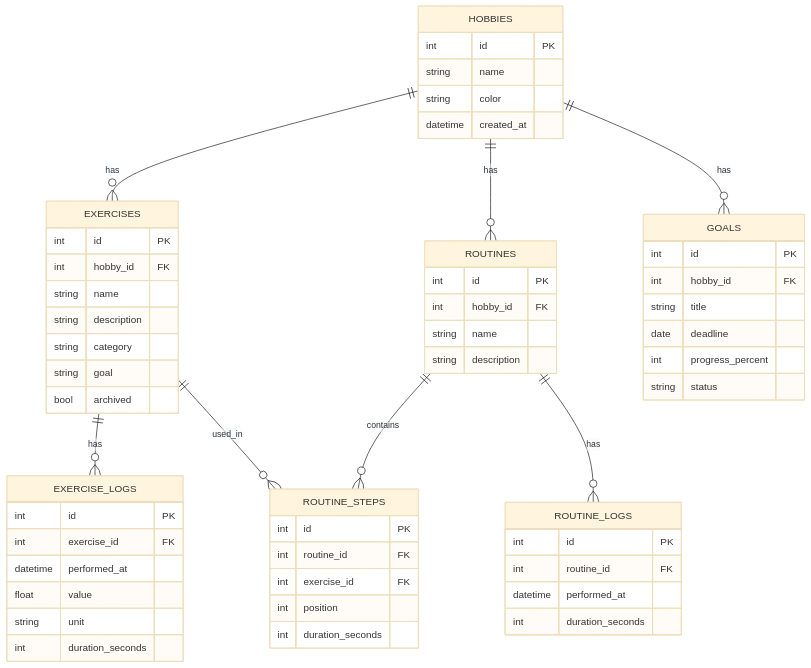
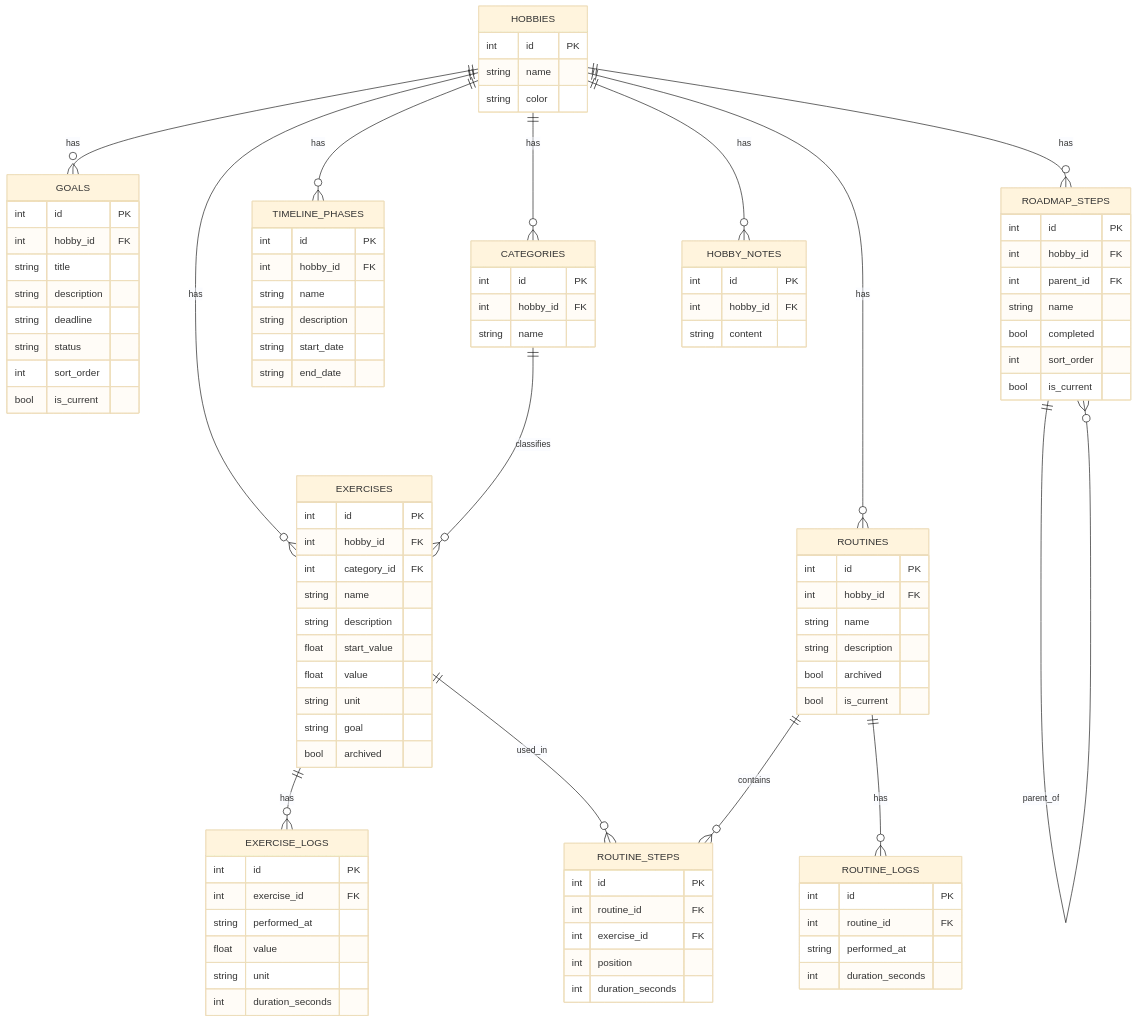
The diagram in docs/er-diagram.md (ItsDylan255/Skillbase), drawn with Mermaid (base theme) before and after one commit. The commit also changed other lines of this file and 17 other files, not shown here.

Commit message:
docs: rewrite README, architecture, and ER diagram for v1.0.0 release

````diff
--- a/docs/er-diagram.md
+++ b/docs/er-diagram.md
@@ -7,30 +7,48 @@
   HOBBIES ||--o{ EXERCISES : has
   HOBBIES ||--o{ ROUTINES : has
   HOBBIES ||--o{ GOALS : has
+  HOBBIES ||--o{ ROADMAP_STEPS : has
+  HOBBIES ||--o{ TIMELINE_PHASES : has
+  HOBBIES ||--o{ CATEGORIES : has
+  HOBBIES ||--o{ HOBBY_NOTES : has
   EXERCISES ||--o{ EXERCISE_LOGS : has
   EXERCISES ||--o{ ROUTINE_STEPS : used_in
   ROUTINES ||--o{ ROUTINE_STEPS : contains
   ROUTINES ||--o{ ROUTINE_LOGS : has
+  CATEGORIES ||--o{ EXERCISES : classifies
+  ROADMAP_STEPS ||--o{ ROADMAP_STEPS : parent_of
 
   HOBBIES {
     int id PK
     string name
     string color
-    datetime created_at
+  }
+  HOBBY_NOTES {
+    int id PK
+    int hobby_id FK
+    string content
+  }
+  CATEGORIES {
+    int id PK
+    int hobby_id FK
+    string name
   }
   EXERCISES {
     int id PK
     int hobby_id FK
+    int category_id FK
     string name
     string description
-    string category
+    float start_value
+    float value
+    string unit
     string goal
     bool archived
   }
   EXERCISE_LOGS {
     int id PK
     int exercise_id FK
-    datetime performed_at
+    string performed_at
     float value
     string unit
     int duration_seconds
@@ -40,6 +58,8 @@
     int hobby_id FK
     string name
     string description
+    bool archived
+    bool is_current
   }
   ROUTINE_STEPS {
     int id PK
@@ -51,15 +71,34 @@
   ROUTINE_LOGS {
     int id PK
     int routine_id FK
-    datetime performed_at
+    string performed_at
     int duration_seconds
   }
   GOALS {
     int id PK
     int hobby_id FK
     string title
-    date deadline
-    int progress_percent
+    string description
+    string deadline
     string status
+    int sort_order
+    bool is_current
+  }
+  ROADMAP_STEPS {
+    int id PK
+    int hobby_id FK
+    int parent_id FK
+    string name
+    bool completed
+    int sort_order
+    bool is_current
+  }
+  TIMELINE_PHASES {
+    int id PK
+    int hobby_id FK
+    string name
+    string description
+    string start_date
+    string end_date
   }
 ```
````
